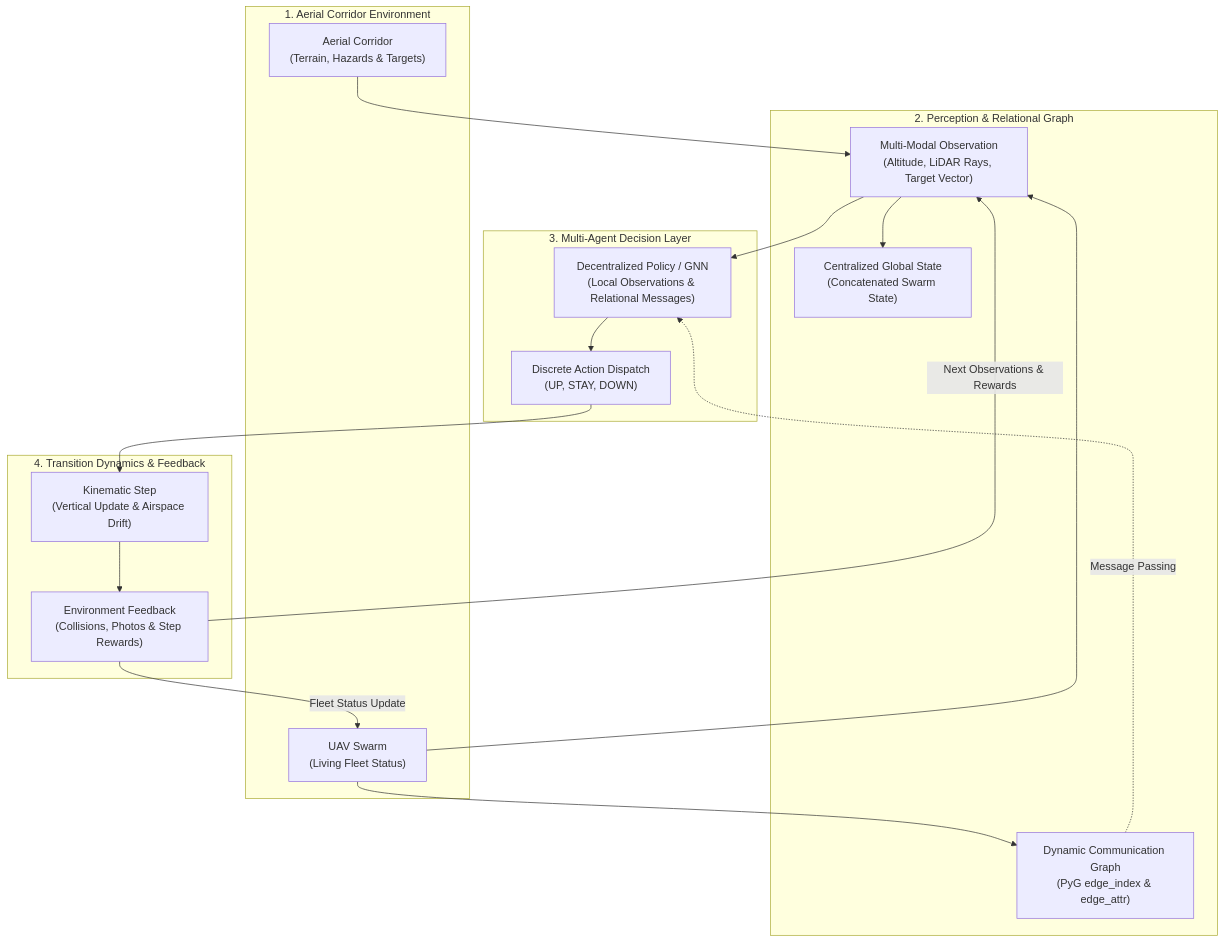
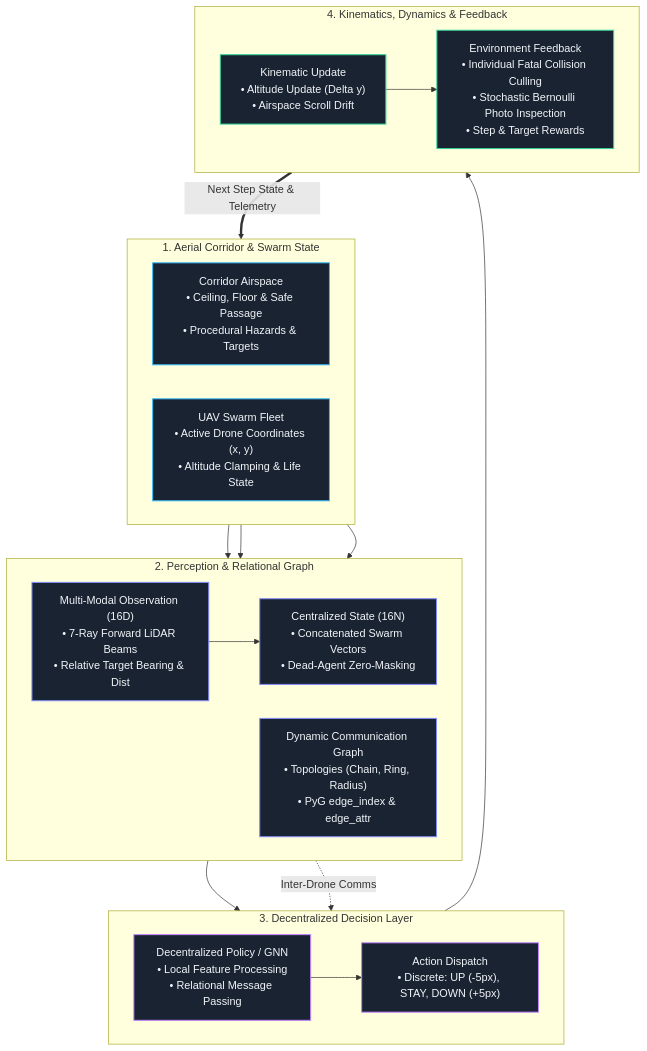
The diagram in docs/index.md (HamBa-m/scrollswarm), drawn with Mermaid before and after one commit.

Commit message:
docs: restructure Core Architecture diagram with horizontal stage layouts and themed styling

````diff
--- a/docs/index.md
+++ b/docs/index.md
@@ -35,37 +35,50 @@
 ```mermaid
 flowchart TD
-    subgraph ENV ["1. Aerial Corridor Environment"]
-        CORRIDOR["Aerial Corridor<br/>(Terrain, Hazards & Targets)"]
-        SWARM["UAV Swarm<br/>(Living Fleet Status)"]
+    subgraph S1 ["1. Aerial Corridor & Swarm State"]
+        direction LR
+        CORRIDOR["Corridor Airspace<br/>• Ceiling, Floor & Safe Passage<br/>• Procedural Hazards & Targets"]
+        SWARM["UAV Swarm Fleet<br/>• Active Drone Coordinates (x, y)<br/>• Altitude Clamping & Life State"]
     end
 
-    subgraph PERCEPTION ["2. Perception & Relational Graph"]
-        OBS["Multi-Modal Observation<br/>(Altitude, LiDAR Rays, Target Vector)"]
-        GRAPH["Dynamic Communication Graph<br/>(PyG edge_index & edge_attr)"]
-        CTDE["Centralized Global State<br/>(Concatenated Swarm State)"]
+    subgraph S2 ["2. Perception & Relational Graph"]
+        direction LR
+        OBS["Multi-Modal Observation (16D)<br/>• 7-Ray Forward LiDAR Beams<br/>• Relative Target Bearing & Dist"]
+        GRAPH["Dynamic Communication Graph<br/>• Topologies (Chain, Ring, Radius)<br/>• PyG edge_index & edge_attr"]
+        CTDE["Centralized State (16N)<br/>• Concatenated Swarm Vectors<br/>• Dead-Agent Zero-Masking"]
     end
 
-    subgraph DECISION ["3. Multi-Agent Decision Layer"]
-        POLICY["Decentralized Policy / GNN<br/>(Local Observations & Relational Messages)"]
-        ACTIONS["Discrete Action Dispatch<br/>(UP, STAY, DOWN)"]
+    subgraph S3 ["3. Decentralized Decision Layer"]
+        direction LR
+        POLICY["Decentralized Policy / GNN<br/>• Local Feature Processing<br/>• Relational Message Passing"]
+        ACTIONS["Action Dispatch<br/>• Discrete: UP (-5px), STAY, DOWN (+5px)"]
     end
 
-    subgraph DYNAMICS ["4. Transition Dynamics & Feedback"]
-        KINEMATICS["Kinematic Step<br/>(Vertical Update & Airspace Drift)"]
-        FEEDBACK["Environment Feedback<br/>(Collisions, Photos & Step Rewards)"]
+    subgraph S4 ["4. Kinematics, Dynamics & Feedback"]
+        direction LR
+        KINEMATICS["Kinematic Update<br/>• Altitude Update (Delta y)<br/>• Airspace Scroll Drift"]
+        FEEDBACK["Environment Feedback<br/>• Individual Fatal Collision Culling<br/>• Stochastic Bernoulli Photo Inspection<br/>• Step & Target Rewards"]
     end
 
     CORRIDOR --> OBS
     SWARM --> OBS
     SWARM --> GRAPH
     OBS --> CTDE
 
     OBS --> POLICY
-    GRAPH -.->|Message Passing| POLICY
+    GRAPH -.->|Inter-Drone Comms| POLICY
     POLICY --> ACTIONS
 
     ACTIONS --> KINEMATICS
     KINEMATICS --> FEEDBACK
-    FEEDBACK -->|Next Observations & Rewards| OBS
-    FEEDBACK -->|Fleet Status Update| SWARM
+    FEEDBACK ==>|Next Step State & Telemetry| S1
+
+    classDef stage1 fill:#1a2332,stroke:#38bdf8,stroke-width:1.5px,color:#f1f5f9;
+    classDef stage2 fill:#1a2332,stroke:#818cf8,stroke-width:1.5px,color:#f1f5f9;
+    classDef stage3 fill:#1a2332,stroke:#c084fc,stroke-width:1.5px,color:#f1f5f9;
+    classDef stage4 fill:#1a2332,stroke:#34d399,stroke-width:1.5px,color:#f1f5f9;
+
+    class CORRIDOR,SWARM stage1;
+    class OBS,GRAPH,CTDE stage2;
+    class POLICY,ACTIONS stage3;
+    class KINEMATICS,FEEDBACK stage4;
 ```
````
